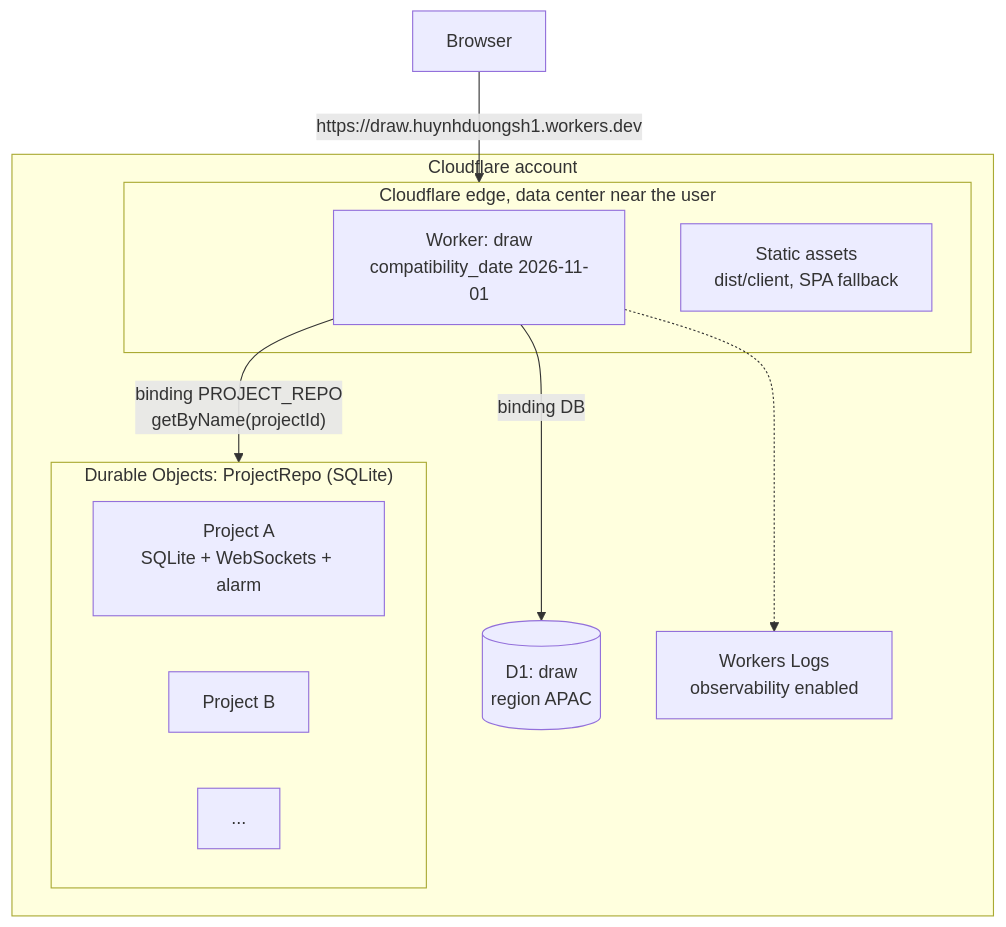
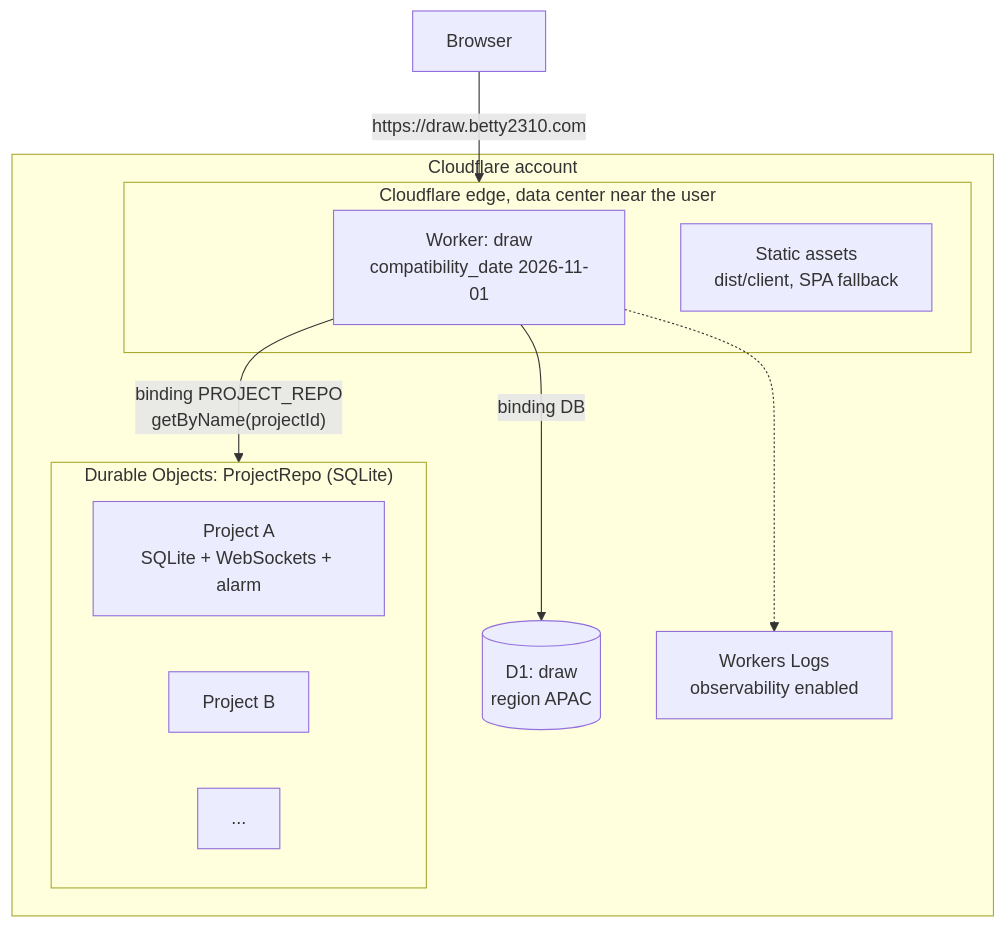
One commit to betty2310/draw changed the first of 2 diagrams in docs/deploy.md. Above: the diagram before and after it, drawn with Mermaid. The commit also changed other lines of this file and 1 other file, not shown here.

First line of the commit message:
Use draw.betty2310.com as the app URL in the docs

````diff
--- a/docs/deploy.md
+++ b/docs/deploy.md
@@ -16,22 +17,22 @@
 ```mermaid
 flowchart TB
   User["Browser"]
   subgraph Account["Cloudflare account"]
     subgraph Edge["Cloudflare edge, data center near the user"]
       Worker["Worker: draw<br/>compatibility_date 2026-11-01"]
       Assets["Static assets<br/>dist/client, SPA fallback"]
     end
     subgraph DOs["Durable Objects: ProjectRepo (SQLite)"]
       P1["Project A<br/>SQLite + WebSockets + alarm"]
       P2["Project B"]
       P3["..."]
     end
     D1[("D1: draw<br/>region APAC")]
     Obs["Workers Logs<br/>observability enabled"]
   end
 
-  User -- "https://draw.huynhduongsh1.workers.dev" --> Edge
+  User -- "https://draw.betty2310.com" --> Edge
   Worker -- "binding PROJECT_REPO<br/>getByName(projectId)" --> DOs
   Worker -- "binding DB" --> D1
   Worker -.-> Obs
 ```
````
